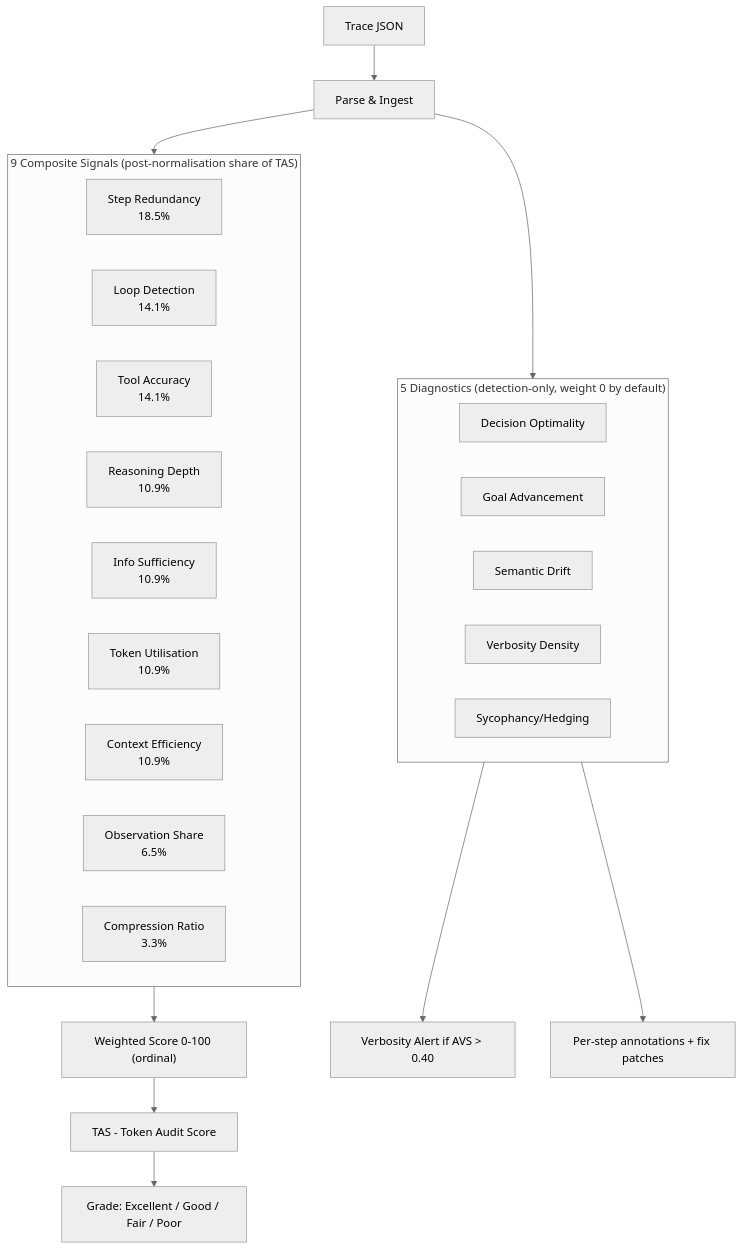
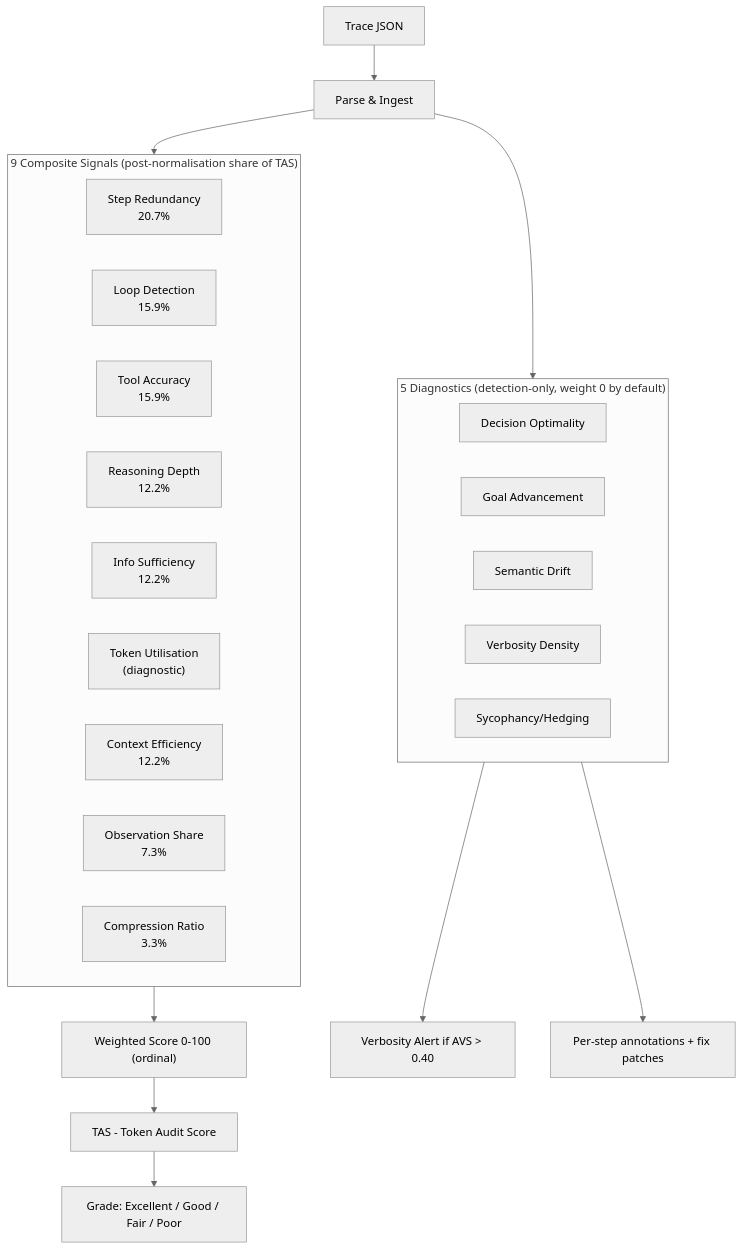
Before and after one commit to ZulfaqarHafez/TraceRazor: the second of 7 diagrams in README.md, drawn with Mermaid (neutral theme). The commit also changed other lines of this file and 7 other files, not shown here.

````diff
--- a/README.md
+++ b/README.md
@@ -95,34 +95,34 @@
 ```mermaid
 flowchart TD
     T[Trace JSON] --> P[Parse & Ingest]
     P --> M
 
     subgraph M["9 Composite Signals (post-normalisation share of TAS)"]
         direction LR
-        S1["Step Redundancy\n18.5%"]
-        S2["Loop Detection\n14.1%"]
-        S3["Tool Accuracy\n14.1%"]
-        S4["Reasoning Depth\n10.9%"]
-        S5["Info Sufficiency\n10.9%"]
-        S6["Token Utilisation\n10.9%"]
-        S7["Context Efficiency\n10.9%"]
-        O1["Observation Share\n6.5%"]
+        S1["Step Redundancy\n20.7%"]
+        S2["Loop Detection\n15.9%"]
+        S3["Tool Accuracy\n15.9%"]
+        S4["Reasoning Depth\n12.2%"]
+        S5["Info Sufficiency\n12.2%"]
+        S6["Token Utilisation\n(diagnostic)"]
+        S7["Context Efficiency\n12.2%"]
+        O1["Observation Share\n7.3%"]
         V3["Compression Ratio\n3.3%"]
     end
 
     subgraph D["5 Diagnostics (detection-only, weight 0 by default)"]
         direction LR
         S8["Decision Optimality"]
         S9["Goal Advancement"]
         S10["Semantic Drift"]
         V1["Verbosity Density"]
         V2["Sycophancy/Hedging"]
     end
 
     P --> D
     M --> W["Weighted Score 0-100 (ordinal)"]
     W --> TAS["TAS - Token Audit Score"]
     TAS --> G["Grade: Excellent / Good / Fair / Poor"]
     D --> AVS["Verbosity Alert if AVS > 0.40"]
     D --> FX["Per-step annotations + fix patches"]
 ```
````
